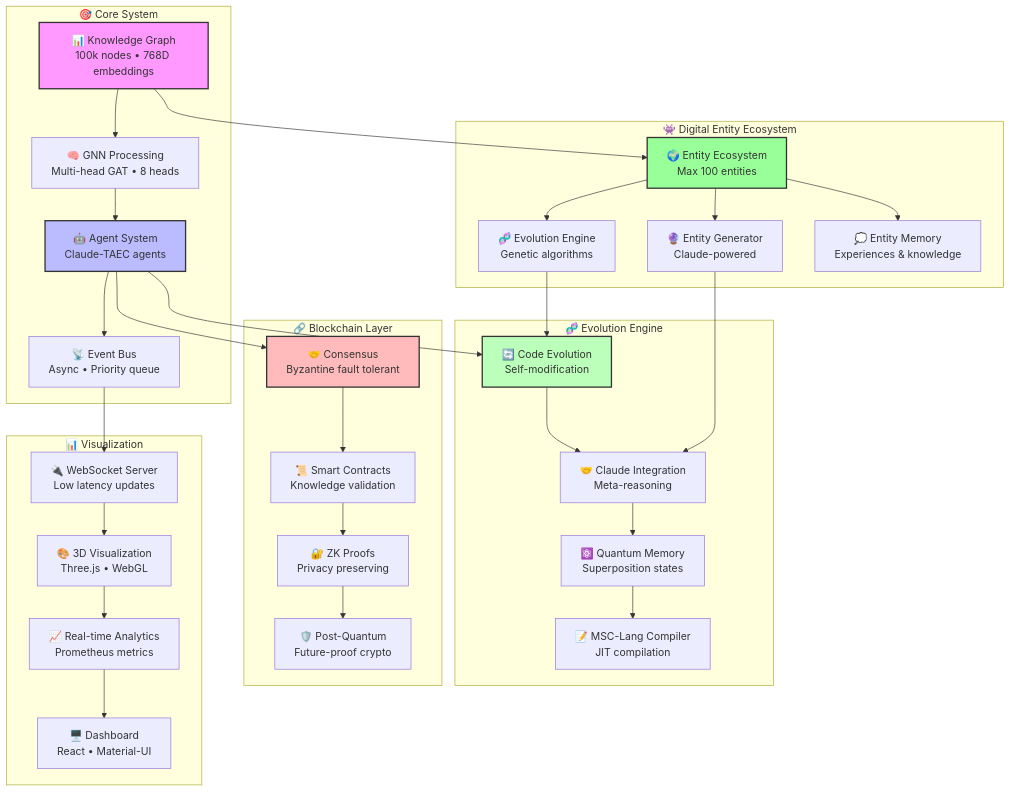
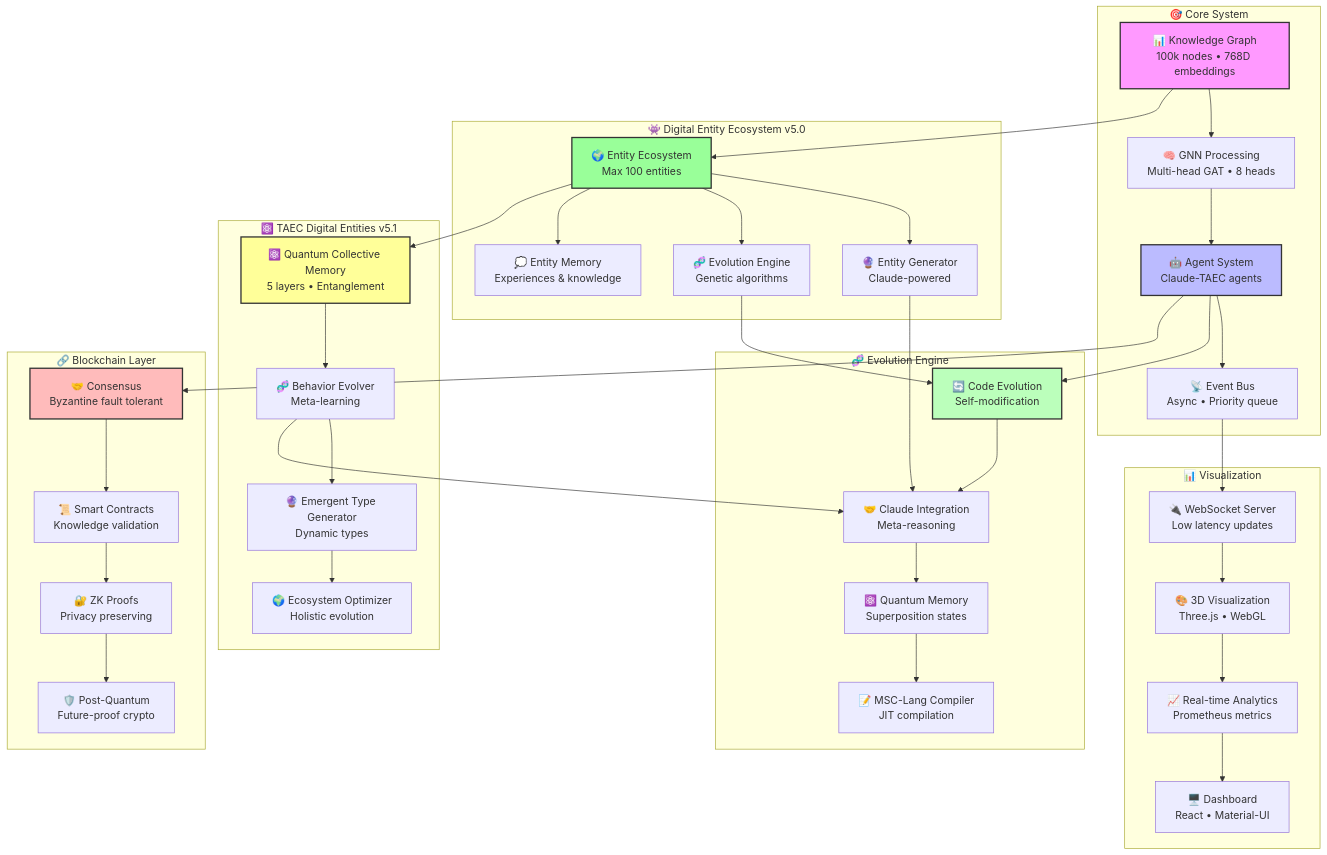
The first of 2 diagrams in README.md (esraderey/synth-msc), drawn with Mermaid before and after one commit. The commit also changed other lines of this file, not shown here.

````diff
--- a/README.md
+++ b/README.md
@@ -141,67 +161,82 @@
 ```mermaid
 graph TB
     subgraph "🎯 Core System"
         KG[📊 Knowledge Graph<br/>100k nodes • 768D embeddings]
         GNN[🧠 GNN Processing<br/>Multi-head GAT • 8 heads]
         AS[🤖 Agent System<br/>Claude-TAEC agents]
         EB[📡 Event Bus<br/>Async • Priority queue]
     end
     
-    subgraph "👾 Digital Entity Ecosystem"
+    subgraph "👾 Digital Entity Ecosystem v5.0"
         EE[🌍 Entity Ecosystem<br/>Max 100 entities]
         EG[🔮 Entity Generator<br/>Claude-powered]
         EP[🧬 Evolution Engine<br/>Genetic algorithms]
         EM[💭 Entity Memory<br/>Experiences & knowledge]
+    end
+    
+    subgraph "⚛️ TAEC Digital Entities v5.1"
+        QCM[⚛️ Quantum Collective Memory<br/>5 layers • Entanglement]
+        BE[🧬 Behavior Evolver<br/>Meta-learning]
+        ETG[🔮 Emergent Type Generator<br/>Dynamic types]
+        EO[🌍 Ecosystem Optimizer<br/>Holistic evolution]
     end
     
     subgraph "🧬 Evolution Engine"
         CE[🔄 Code Evolution<br/>Self-modification]
         CI[🤝 Claude Integration<br/>Meta-reasoning]
         QM[⚛️ Quantum Memory<br/>Superposition states]
         MC[📝 MSC-Lang Compiler<br/>JIT compilation]
     end
     
     subgraph "🔗 Blockchain Layer"
         CO[🤝 Consensus<br/>Byzantine fault tolerant]
         SC[📜 Smart Contracts<br/>Knowledge validation]
         ZK[🔐 ZK Proofs<br/>Privacy preserving]
         PQ[🛡️ Post-Quantum<br/>Future-proof crypto]
     end
     
     subgraph "📊 Visualization"
         V3[🎨 3D Visualization<br/>Three.js • WebGL]
         RA[📈 Real-time Analytics<br/>Prometheus metrics]
         WS[🔌 WebSocket Server<br/>Low latency updates]
         DA[🖥️ Dashboard<br/>React • Material-UI]
     end
     
     KG --> GNN
     GNN --> AS
     AS --> EB
     AS --> CE
     
     KG --> EE
     EE --> EG
     EE --> EP
     EE --> EM
+    
+    EE --> QCM
+    QCM --> BE
+    BE --> ETG
+    ETG --> EO
+    
     EG --> CI
     EP --> CE
+    BE --> CI
     
     CE --> CI
     CI --> QM
     QM --> MC
     AS --> CO
     CO --> SC
     SC --> ZK
     ZK --> PQ
     EB --> WS
     WS --> V3
     V3 --> RA
     RA --> DA
     
     style KG fill:#f9f,stroke:#333,stroke-width:2px
     style AS fill:#bbf,stroke:#333,stroke-width:2px
     style EE fill:#9f9,stroke:#333,stroke-width:2px
+    style QCM fill:#ff9,stroke:#333,stroke-width:2px
     style CE fill:#bfb,stroke:#333,stroke-width:2px
     style CO fill:#fbb,stroke:#333,stroke-width:2px
 ```
````
